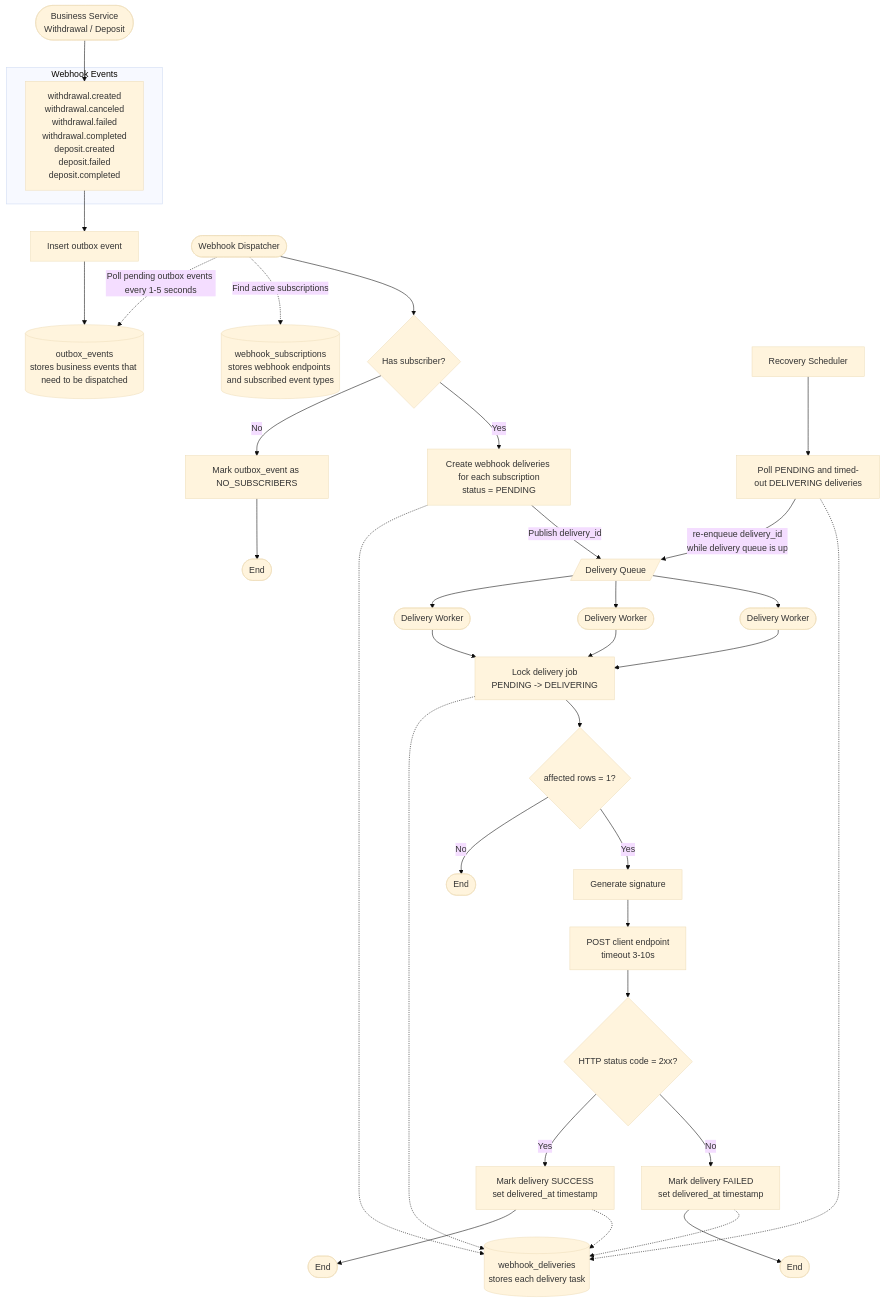
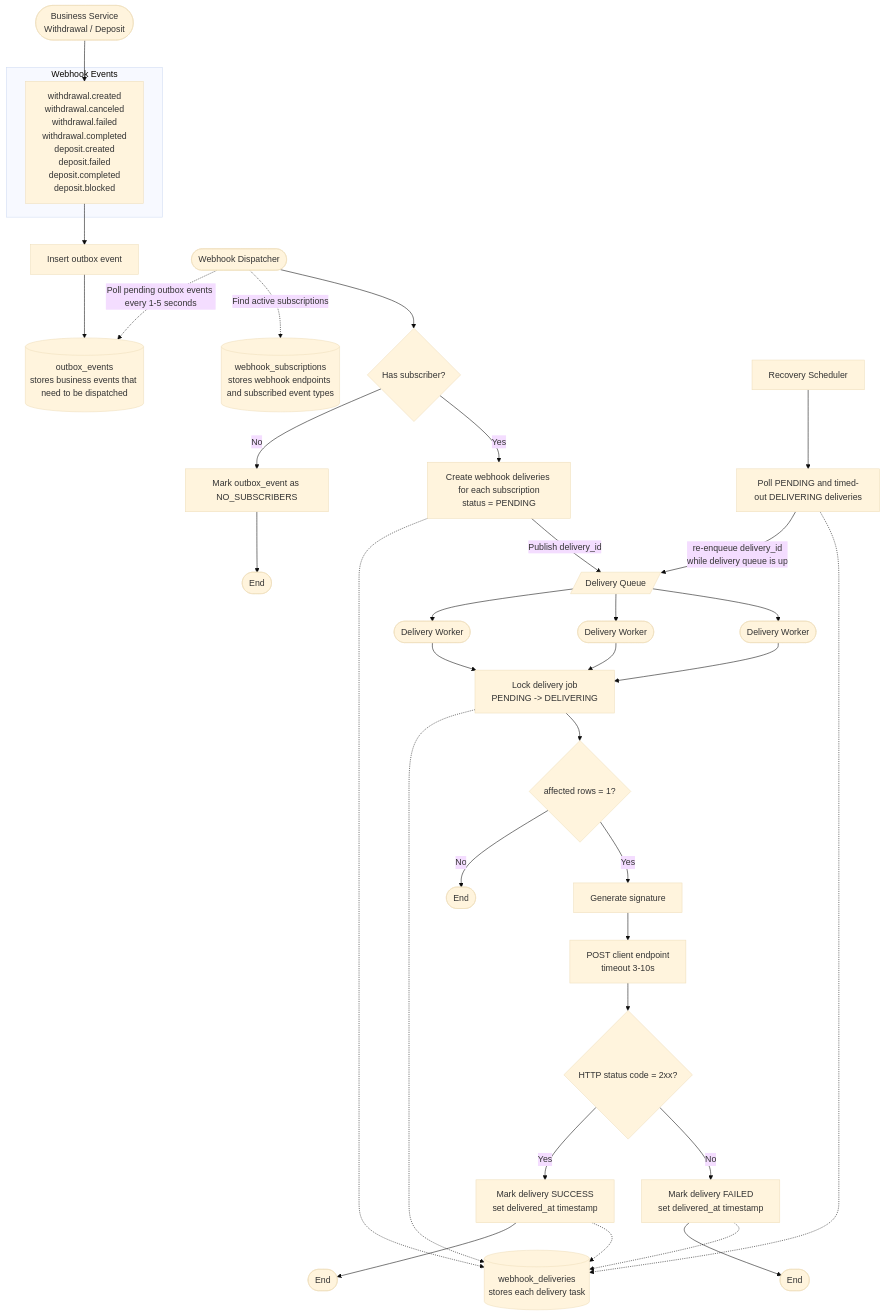
The diagram in idea/v1.3/webhook/references/webhook-dispatch-flow.md (chenzitw/esingpay-handbook), drawn with Mermaid (base theme) before and after one commit. The commit also changed other lines of this file and 20 other files, not shown here.

````diff
--- a/idea/v1.3/webhook/references/webhook-dispatch-flow.md
+++ b/idea/v1.3/webhook/references/webhook-dispatch-flow.md
@@ -22,71 +22,71 @@
 ```mermaid
 flowchart TB
   A([Business Service<br/>Withdrawal / Deposit])
 
   subgraph Events[Webhook Events]
-    E["withdrawal.created<br/>withdrawal.canceled<br/>withdrawal.failed<br/>withdrawal.completed<br/>deposit.created<br/>deposit.failed<br/>deposit.completed"]
+    E["withdrawal.created<br/>withdrawal.canceled<br/>withdrawal.failed<br/>withdrawal.completed<br/>deposit.created<br/>deposit.failed<br/>deposit.completed<br/>deposit.blocked"]
   end
 
   B["Insert outbox event"]
   S2[("outbox_events<br/>stores business events that need to be dispatched")]
   C([Webhook Dispatcher])
   S1[("webhook_subscriptions<br/>stores webhook endpoints and subscribed event types")]
   HasSubscriber{"Has subscriber?"}
   NoSubscribers["Mark outbox_event as NO_SUBSCRIBERS"]
   EndNoSubscribers([End])
 
   S3[("webhook_deliveries<br/>stores each delivery task")]
   CreateDeliveries["Create webhook deliveries for each subscription<br/>status = PENDING"]
   Queue[/Delivery Queue/]
   W1([Delivery Worker])
   W2([Delivery Worker])
   W3([Delivery Worker])
   Lock["Lock delivery job<br/>PENDING -> DELIVERING"]
   LockAffected{"affected rows = 1?"}
   EndLockSkipped([End])
 
   Signature["Generate signature"]
   Post["POST client endpoint<br/>timeout 3-10s"]
   IsSuccessful{"HTTP status code = 2xx?"}
   MarkSuccess["Mark delivery SUCCESS<br/>set delivered_at timestamp"]
   EndSuccess([End])
   MarkFailed["Mark delivery FAILED<br/>set delivered_at timestamp"]
   EndFailed([End])
 
   Recovery["Recovery Scheduler"]
   RecoveryPoll["Poll PENDING and timed-out DELIVERING deliveries"]
 
   A --> E
   E --> B
   B --> S2
 
   C -. "Poll pending outbox events every 1-5 seconds" .-> S2
   C -. "Find active subscriptions" .-> S1
   C --> HasSubscriber
 
   HasSubscriber -- No --> NoSubscribers --> EndNoSubscribers
   HasSubscriber -- Yes --> CreateDeliveries
   CreateDeliveries -.-> S3
   CreateDeliveries -- "Publish delivery_id" --> Queue
 
   Queue --> W1
   Queue --> W2
   Queue --> W3
   W1 --> Lock
   W2 --> Lock
   W3 --> Lock
 
   Lock -.-> S3
   Lock --> LockAffected
   LockAffected -- No --> EndLockSkipped
   LockAffected -- Yes --> Signature --> Post --> IsSuccessful
 
   IsSuccessful -- Yes --> MarkSuccess --> EndSuccess
   MarkSuccess -.-> S3
   IsSuccessful -- No --> MarkFailed --> EndFailed
   MarkFailed -.-> S3
 
   Recovery --> RecoveryPoll
   RecoveryPoll -- "re-enqueue delivery_id<br/>while delivery queue is up" --> Queue
   RecoveryPoll -.-> S3
 ```
````
